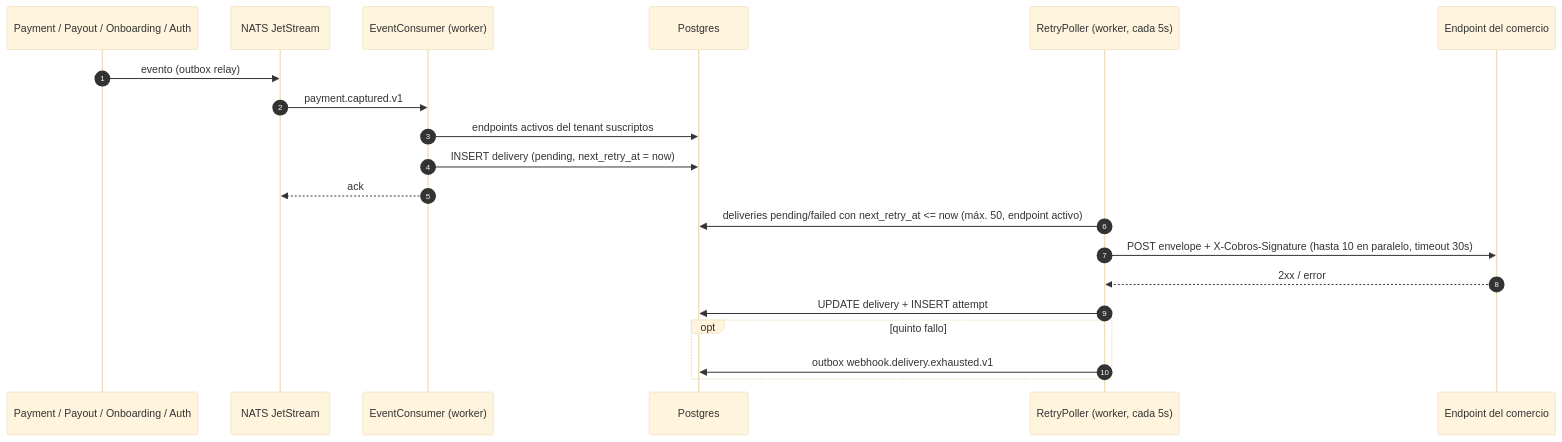
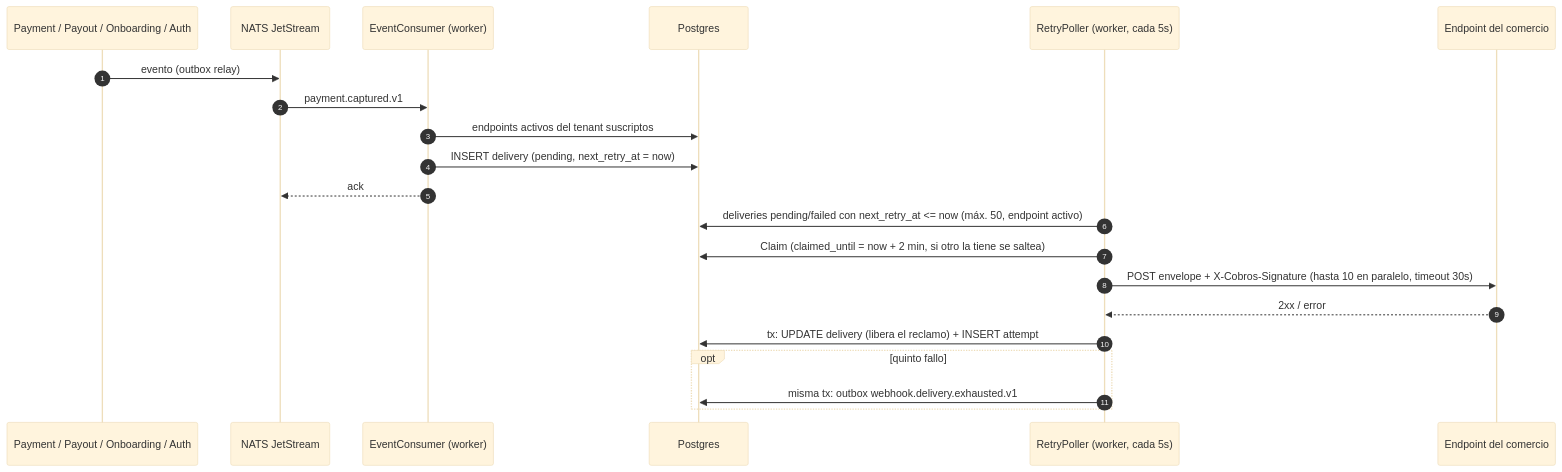
One commit to juantevez/cobros-platform changed the diagram in docs/technical/WEBHOOK.md. Above: the diagram before and after it, drawn with Mermaid (base theme). The commit also changed other lines of this file and 13 other files, not shown here.

First line of the commit message:
webhook: una delivery se reclama antes del POST

````diff
--- a/docs/technical/WEBHOOK.md
+++ b/docs/technical/WEBHOOK.md
@@ -41,23 +41,24 @@
 ```mermaid
 sequenceDiagram
     autonumber
     participant BC as Payment / Payout / Onboarding / Auth
     participant N as NATS JetStream
     participant C as EventConsumer (worker)
     participant DB as Postgres
     participant P as RetryPoller (worker, cada 5s)
     participant M as Endpoint del comercio
 
     BC->>N: evento (outbox relay)
     N->>C: payment.captured.v1
     C->>DB: endpoints activos del tenant suscriptos
     C->>DB: INSERT delivery (pending, next_retry_at = now)
     C-->>N: ack
     P->>DB: deliveries pending/failed con next_retry_at <= now (máx. 50, endpoint activo)
+    P->>DB: Claim (claimed_until = now + 2 min, si otro la tiene se saltea)
     P->>M: POST envelope + X-Cobros-Signature (hasta 10 en paralelo, timeout 30s)
     M-->>P: 2xx / error
-    P->>DB: UPDATE delivery + INSERT attempt
+    P->>DB: tx: UPDATE delivery (libera el reclamo) + INSERT attempt
     opt quinto fallo
-        P->>DB: outbox webhook.delivery.exhausted.v1
+        P->>DB: misma tx: outbox webhook.delivery.exhausted.v1
     end
 ```
````
